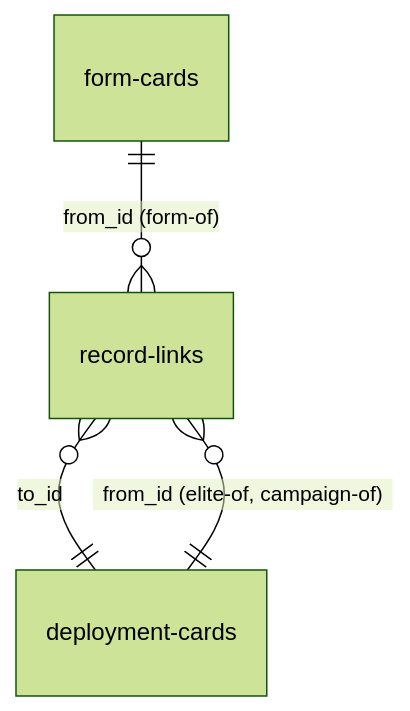
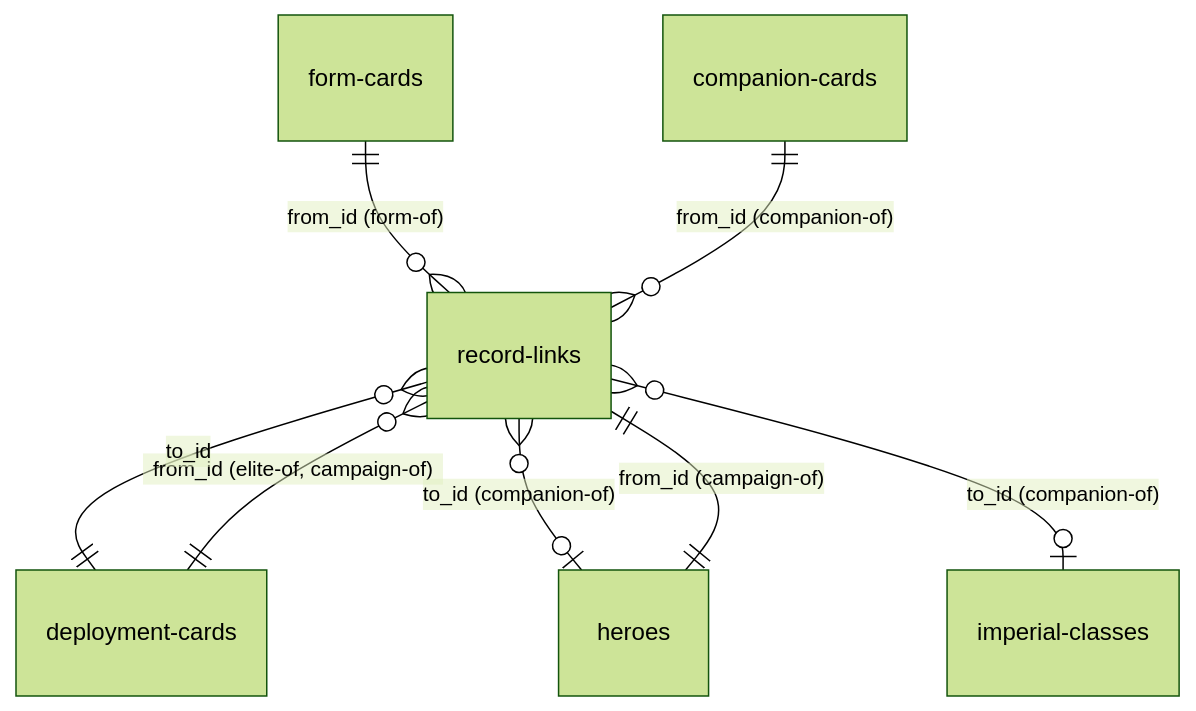
One commit to lvisintini/imperial-assault-data changed the third of 10 diagrams in docs/data-model.md. Above: the diagram before and after it, drawn with Mermaid (forest theme). The commit also changed other lines of this file and 13 other files, not shown here.

````diff
--- a/docs/data-model.md
+++ b/docs/data-model.md
@@ -280,6 +310,10 @@
 ```mermaid
 erDiagram
     form-cards ||--o{ record-links : "from_id (form-of)"
+    companion-cards ||--o{ record-links : "from_id (companion-of)"
     deployment-cards ||--o{ record-links : "from_id (elite-of, campaign-of)"
+    heroes ||--|| record-links : "from_id (campaign-of)"
     record-links }o--|| deployment-cards : "to_id"
+    record-links }o--o| heroes : "to_id (companion-of)"
+    record-links }o--o| imperial-classes : "to_id (companion-of)"
 ```
````
